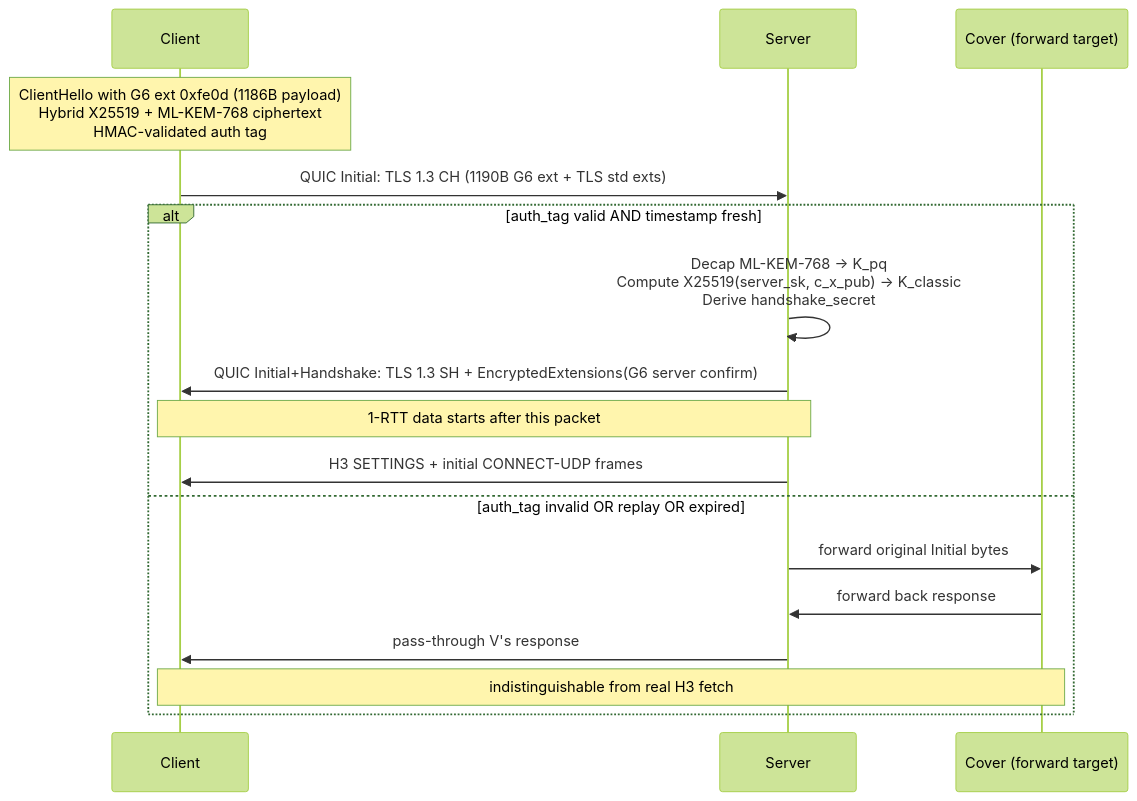
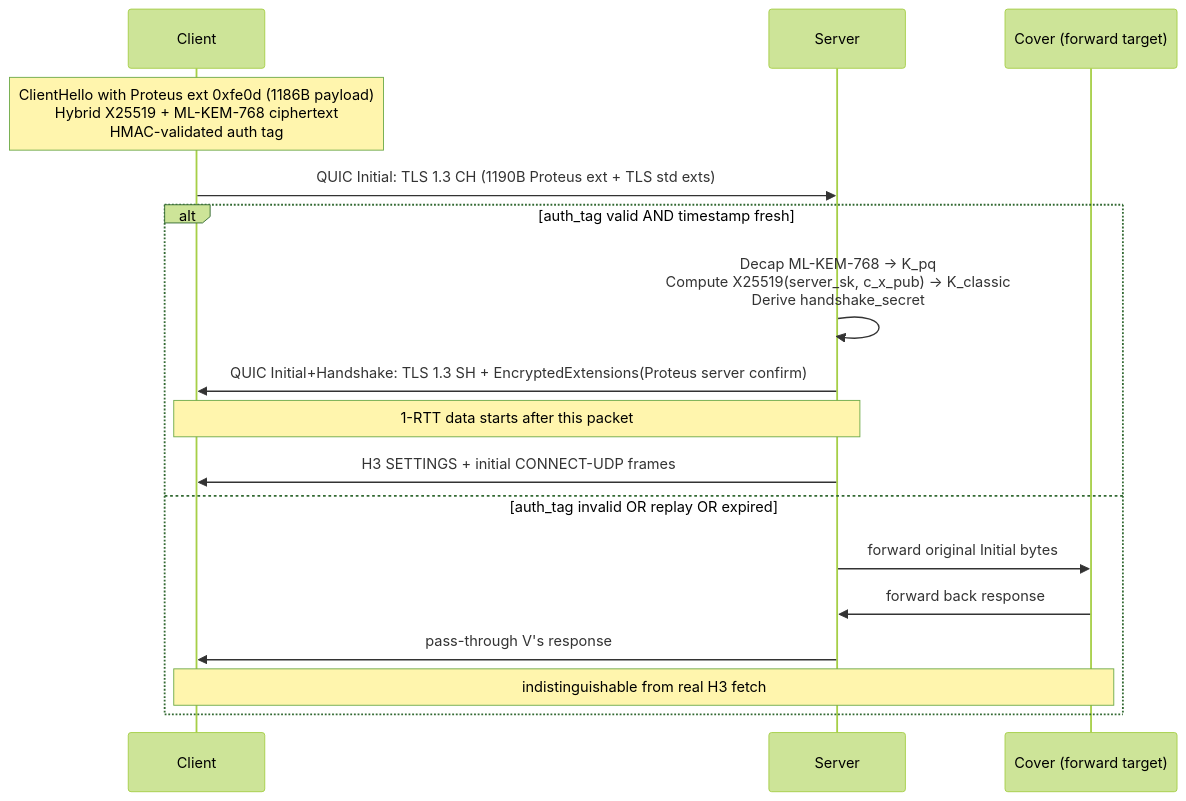
The first of 3 diagrams in lessons/part-11-design/11.6-spec-handshake-state.md (Icarus603/network-from-scratch), drawn with Mermaid (forest theme) before and after one commit. The commit also changed other lines of this file and 300 other files, not shown here.

````diff
--- a/lessons/part-11-design/11.6-spec-handshake-state.md
+++ b/lessons/part-11-design/11.6-spec-handshake-state.md
@@ -45,22 +45,22 @@
 ```mermaid
 sequenceDiagram
   participant C as Client
   participant S as Server
   participant V as Cover (forward target)
 
-  Note over C: ClientHello with G6 ext 0xfe0d (1186B payload)<br/>Hybrid X25519 + ML-KEM-768 ciphertext<br/>HMAC-validated auth tag
+  Note over C: ClientHello with Proteus ext 0xfe0d (1186B payload)<br/>Hybrid X25519 + ML-KEM-768 ciphertext<br/>HMAC-validated auth tag
 
-  C->>S: QUIC Initial: TLS 1.3 CH (1190B G6 ext + TLS std exts)
+  C->>S: QUIC Initial: TLS 1.3 CH (1190B Proteus ext + TLS std exts)
 
   alt auth_tag valid AND timestamp fresh
     S->>S: Decap ML-KEM-768 -> K_pq<br/>Compute X25519(server_sk, c_x_pub) -> K_classic<br/>Derive handshake_secret
-    S->>C: QUIC Initial+Handshake: TLS 1.3 SH + EncryptedExtensions(G6 server confirm)
+    S->>C: QUIC Initial+Handshake: TLS 1.3 SH + EncryptedExtensions(Proteus server confirm)
     Note over C,S: 1-RTT data starts after this packet
     S->>C: H3 SETTINGS + initial CONNECT-UDP frames
   else auth_tag invalid OR replay OR expired
     S->>V: forward original Initial bytes
     V->>S: forward back response
     S->>C: pass-through V's response
     Note over C,V: indistinguishable from real H3 fetch
   end
 ```
````
